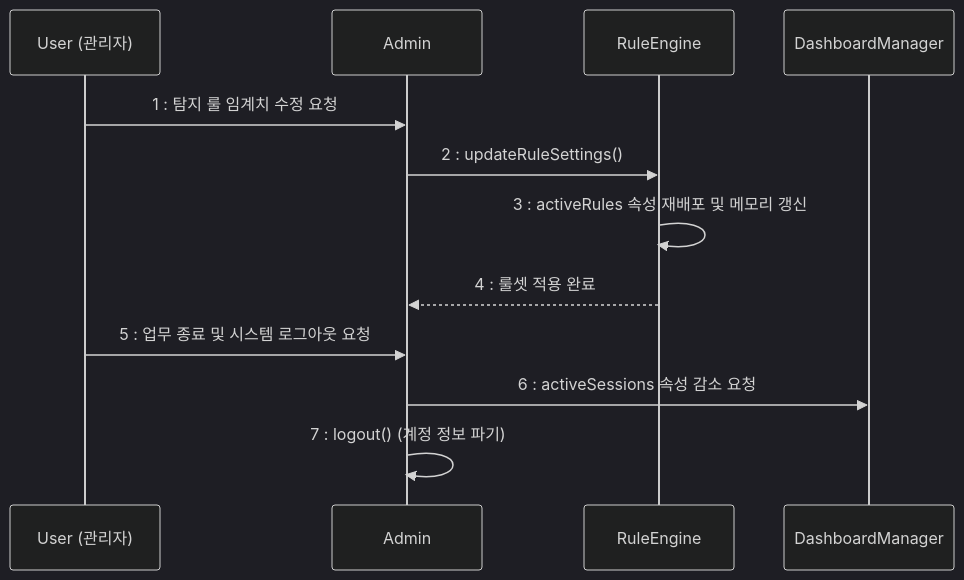
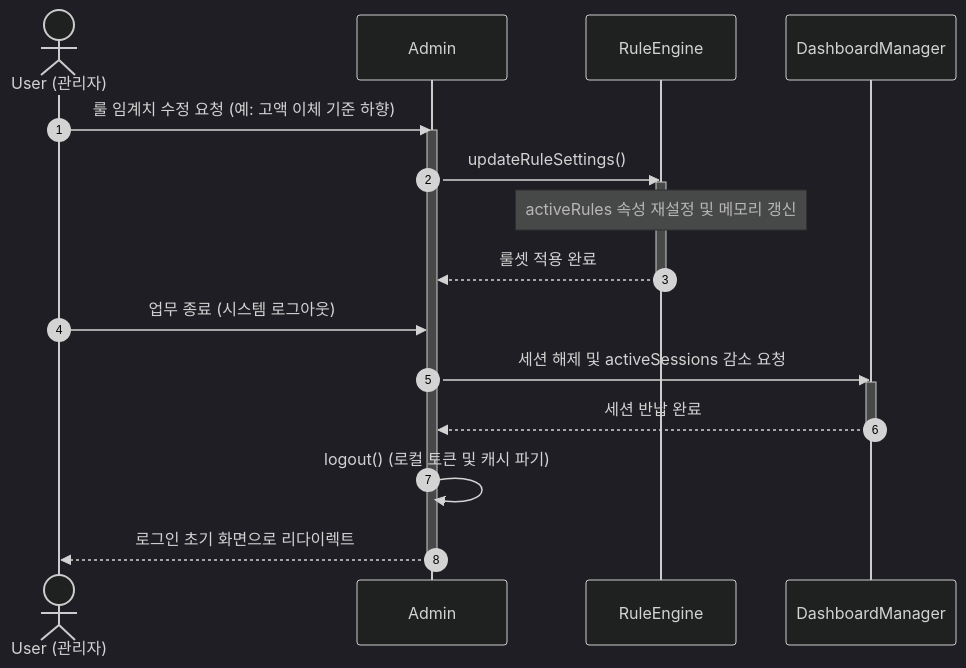
Diagram 12 of 12 in Design_[22411890_석채연].md (seokchaeyeon/2026_1_OSS), drawn with Mermaid (dark theme) before and after one commit. The commit also changed other lines of this file, not shown here.

````diff
--- a/Design_[22411890_석채연].md
+++ b/Design_[22411890_석채연].md
@@ -306,15 +450,26 @@
 ```mermaid
 sequenceDiagram
-    participant User as User (관리자)
+    autonumber
+    actor User as User (관리자)
     participant Admin as Admin
     participant Rule as RuleEngine
     participant Dashboard as DashboardManager
 
-    User->>Admin: 1 : 탐지 룰 임계치 수정 요청
-    Admin->>Rule: 2 : updateRuleSettings()
-    Rule->>Rule: 3 : activeRules 속성 재배포 및 메모리 갱신
-    Rule-->>Admin: 4 : 룰셋 적용 완료
-    User->>Admin: 5 : 업무 종료 및 시스템 로그아웃 요청
-    Admin->>Dashboard: 6 : activeSessions 속성 감소 요청
-    Admin->>Admin: 7 : logout() (계정 정보 파기)
+    User->>Admin: 룰 임계치 수정 요청 (예: 고액 이체 기준 하향)
+    activate Admin
+    Admin->>Rule: updateRuleSettings()
+    activate Rule
+    Note over Rule: activeRules 속성 재설정 및 메모리 갱신
+    Rule-->>Admin: 룰셋 적용 완료
+    deactivate Rule
+    
+    User->>Admin: 업무 종료 (시스템 로그아웃)
+    Admin->>Dashboard: 세션 해제 및 activeSessions 감소 요청
+    activate Dashboard
+    Dashboard-->>Admin: 세션 반납 완료
+    deactivate Dashboard
+    
+    Admin->>Admin: logout() (로컬 토큰 및 캐시 파기)
+    Admin-->>User: 로그인 초기 화면으로 리다이렉트
+    deactivate Admin
 ```
````
